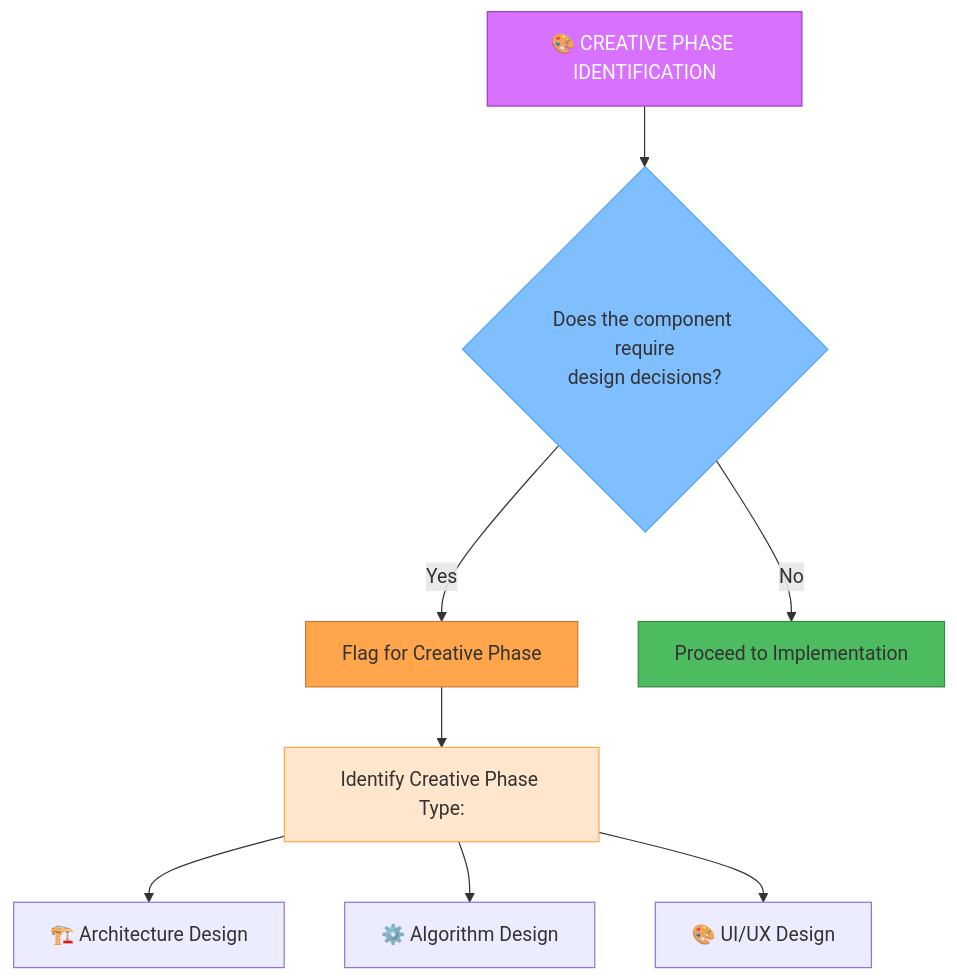
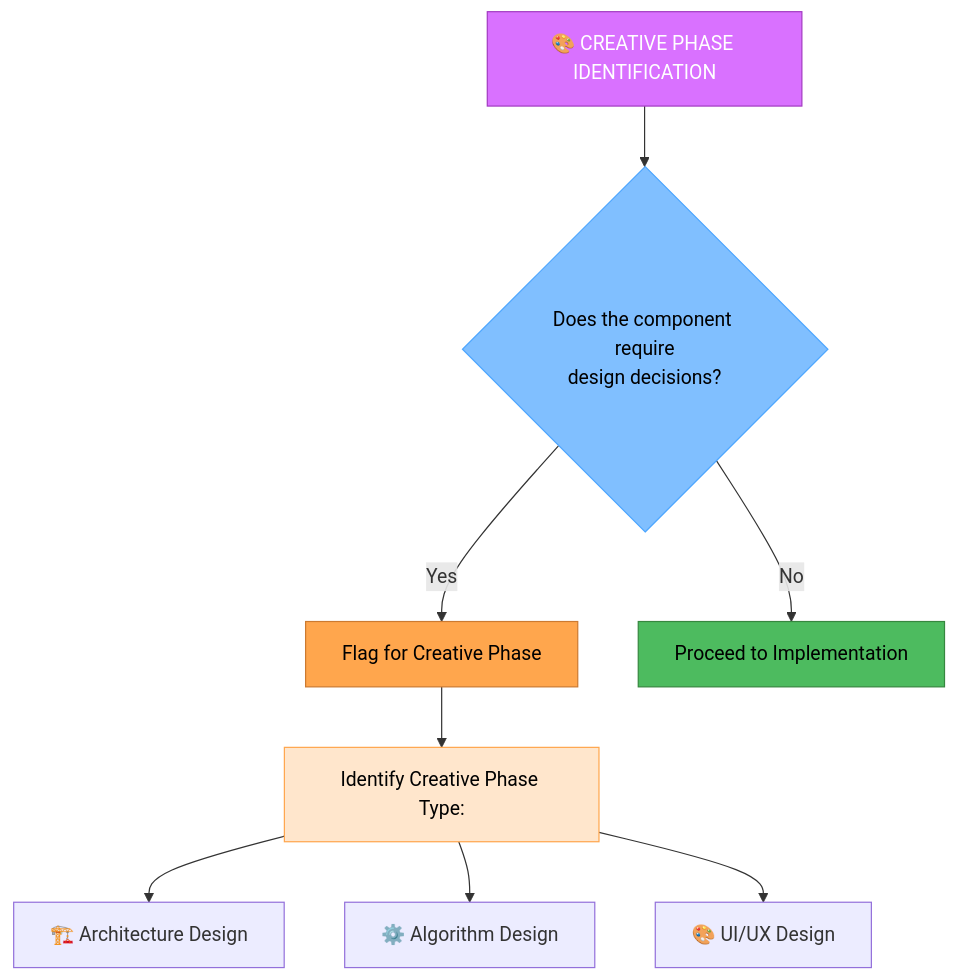
One commit to ms-moar/cursor-tools changed the fourth of 5 diagrams in custom_modes/plan_instructions.md. Above: the diagram before and after it, drawn with Mermaid. The commit also changed other lines of this file and 41 other files, not shown here.

````diff
--- a/custom_modes/plan_instructions.md
+++ b/custom_modes/plan_instructions.md
@@ -385,17 +186,17 @@
 ```mermaid
 graph TD
     CPI["🎨 CREATIVE PHASE IDENTIFICATION"] --> Question{"Does the component require<br>design decisions?"}
     Question -->|"Yes"| Identify["Flag for Creative Phase"]
     Question -->|"No"| Skip["Proceed to Implementation"]
     
     Identify --> Types["Identify Creative Phase Type:"]
     Types --> A["🏗️ Architecture Design"]
     Types --> B["⚙️ Algorithm Design"]
     Types --> C["🎨 UI/UX Design"]
     
     style CPI fill:#d971ff,stroke:#a33bc2,color:white
-    style Question fill:#80bfff,stroke:#4da6ff
-    style Identify fill:#ffa64d,stroke:#cc7a30
-    style Skip fill:#4dbb5f,stroke:#36873f
-    style Types fill:#ffe6cc,stroke:#ffa64d
+    style Question fill:#80bfff,stroke:#4da6ff,color:black
+    style Identify fill:#ffa64d,stroke:#cc7a30,color:black
+    style Skip fill:#4dbb5f,stroke:#36873f,color:black
+    style Types fill:#ffe6cc,stroke:#ffa64d,color:black
 ```
````
